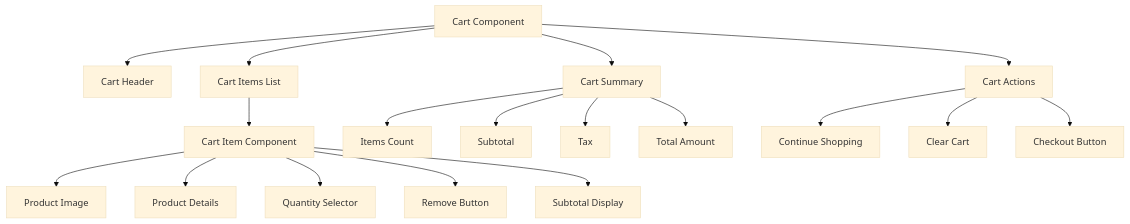
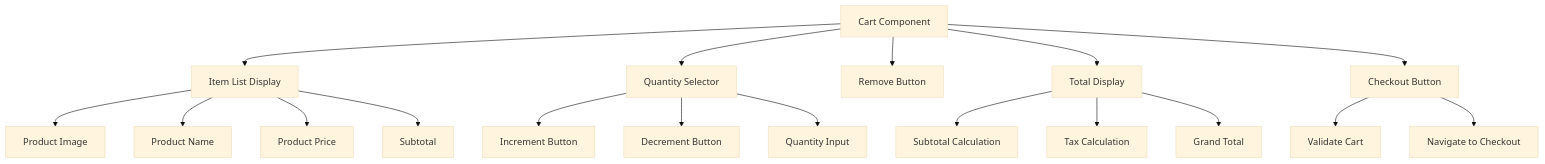
Before and after one commit to NavneetBN47/aava-ecom-demo: diagram 14 of 17 in docs/LLD/lld.md, drawn with Mermaid (base theme). The commit also changed other lines of this file, not shown here.

````diff
--- a/docs/LLD/lld.md
+++ b/docs/LLD/lld.md
@@ -980,23 +621,24 @@
 ```mermaid
 flowchart TD
-    A[Cart Component] --> B[Cart Header]
-    A --> C[Cart Items List]
-    A --> D[Cart Summary]
-    A --> E[Cart Actions]
+    A[Cart Component] --> B[Item List Display]
+    A --> C[Quantity Selector]
+    A --> D[Remove Button]
+    A --> E[Total Display]
+    A --> F[Checkout Button]
     
-    C --> F[Cart Item Component]
-    F --> G[Product Image]
-    F --> H[Product Details]
-    F --> I[Quantity Selector]
-    F --> J[Remove Button]
-    F --> K[Subtotal Display]
+    B --> G[Product Image]
+    B --> H[Product Name]
+    B --> I[Product Price]
+    B --> J[Subtotal]
     
-    D --> L[Items Count]
-    D --> M[Subtotal]
-    D --> N[Tax]
-    D --> O[Total Amount]
+    C --> K[Increment Button]
+    C --> L[Decrement Button]
+    C --> M[Quantity Input]
     
-    E --> P[Continue Shopping]
-    E --> Q[Clear Cart]
-    E --> R[Checkout Button]
+    E --> N[Subtotal Calculation]
+    E --> O[Tax Calculation]
+    E --> P[Grand Total]
+    
+    F --> Q[Validate Cart]
+    F --> R[Navigate to Checkout]
 ```
````
